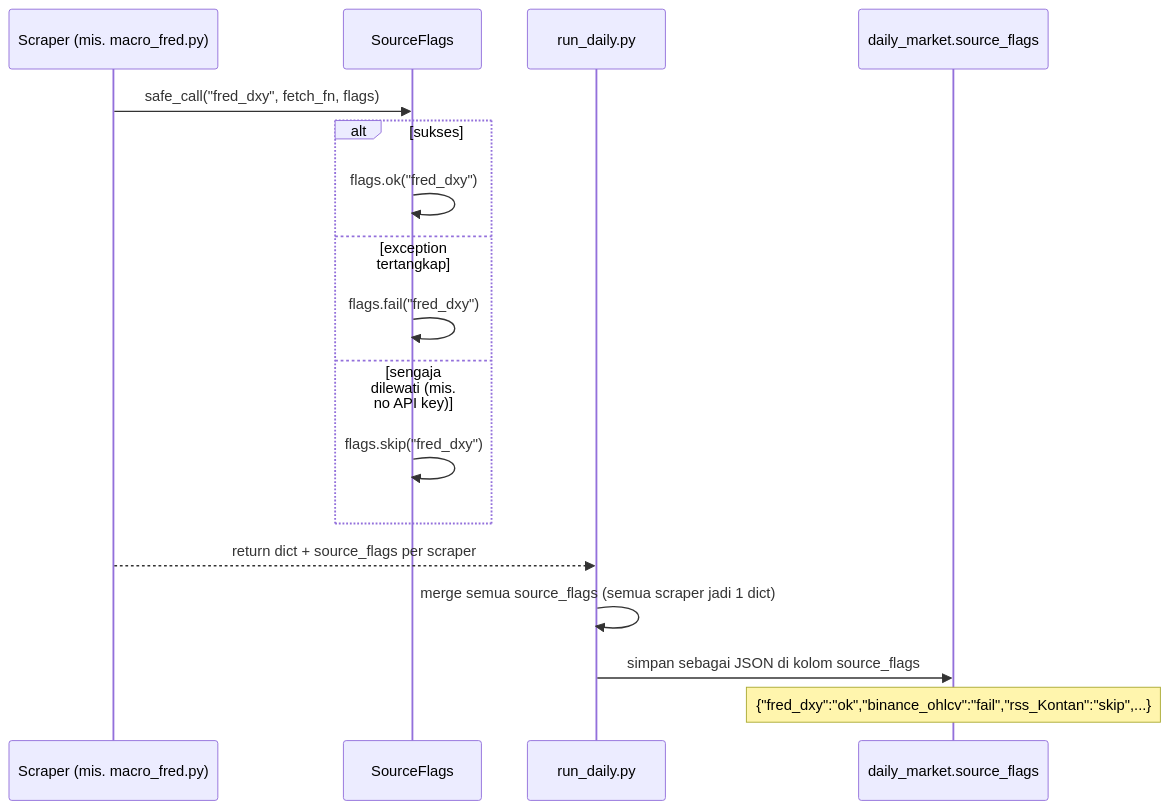
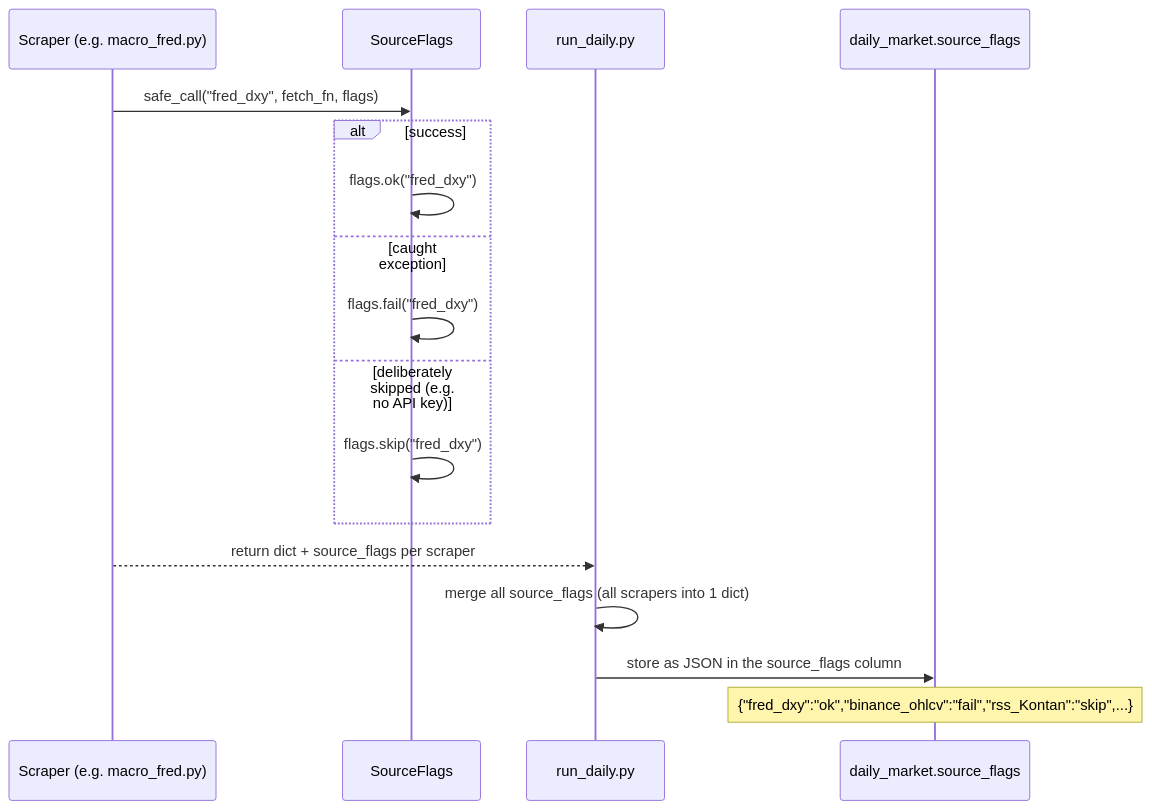
Before and after one commit to pworld/kastara-finance: the fifth of 5 diagrams in docs/FLOW.md, drawn with Mermaid. The commit also changed other lines of this file and 14 other files, not shown here.

````diff
--- a/docs/FLOW.md
+++ b/docs/FLOW.md
@@ -189,21 +189,21 @@
 ```mermaid
 sequenceDiagram
-    participant S as Scraper (mis. macro_fred.py)
+    participant S as Scraper (e.g. macro_fred.py)
     participant F as SourceFlags
     participant P as run_daily.py
     participant DB as daily_market.source_flags
 
     S->>F: safe_call("fred_dxy", fetch_fn, flags)
-    alt sukses
+    alt success
         F->>F: flags.ok("fred_dxy")
-    else exception tertangkap
+    else caught exception
         F->>F: flags.fail("fred_dxy")
-    else sengaja dilewati (mis. no API key)
+    else deliberately skipped (e.g. no API key)
         F->>F: flags.skip("fred_dxy")
     end
 
     S-->>P: return dict + source_flags per scraper
-    P->>P: merge semua source_flags (semua scraper jadi 1 dict)
-    P->>DB: simpan sebagai JSON di kolom source_flags
+    P->>P: merge all source_flags (all scrapers into 1 dict)
+    P->>DB: store as JSON in the source_flags column
     Note over DB: {"fred_dxy":"ok","binance_ohlcv":"fail","rss_Kontan":"skip",...}
 ```
````
